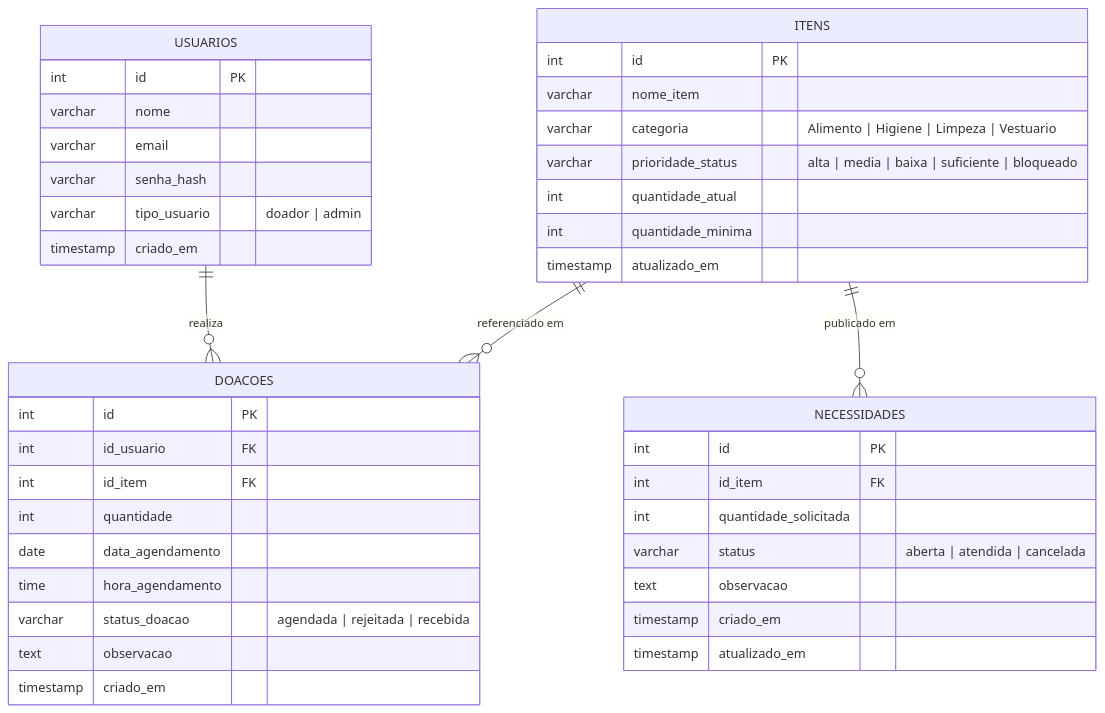
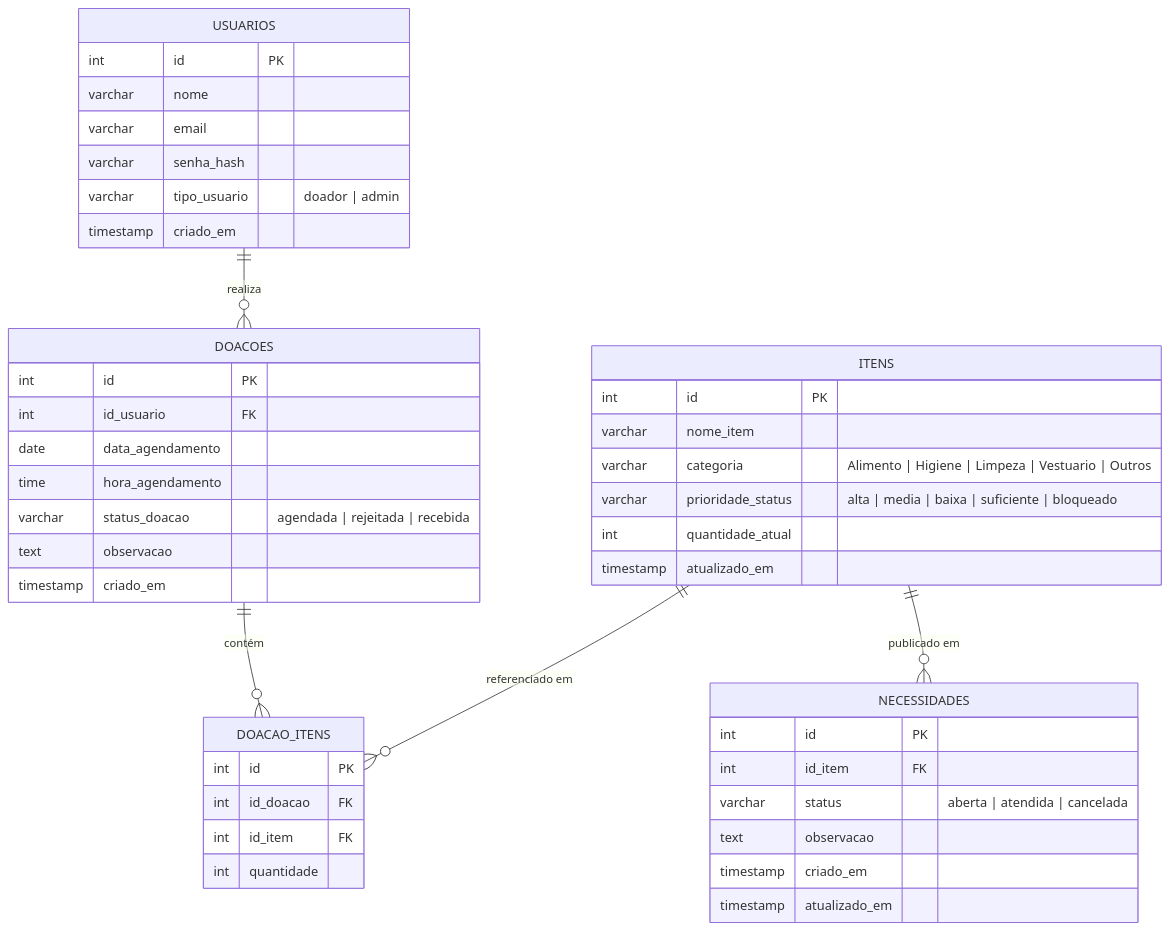
The fourth of 4 diagrams in Arquitetura.md (univesp-pi-g7/conectadoa-docs), drawn with Mermaid before and after one commit. The commit also changed other lines of this file, not shown here.

Commit message:
Enhance database schema with DOACAO_ITENS table
Added DOACAO_ITENS table to represent items in donations and updated ITEM category options.

````diff
--- a/Arquitetura.md
+++ b/Arquitetura.md
@@ -141,47 +141,51 @@
 ```mermaid
 erDiagram
   USUARIOS ||--o{ DOACOES : "realiza"
-  ITENS ||--o{ DOACOES : "referenciado em"
+  DOACOES ||--o{ DOACAO_ITENS : "contém"
+  ITENS ||--o{ DOACAO_ITENS : "referenciado em"
   ITENS ||--o{ NECESSIDADES : "publicado em"
 
   USUARIOS {
     int id PK
     varchar nome
     varchar email
     varchar senha_hash
     varchar tipo_usuario "doador | admin"
     timestamp criado_em
   }
 
   ITENS {
     int id PK
     varchar nome_item
-    varchar categoria "Alimento | Higiene | Limpeza | Vestuario"
+    varchar categoria "Alimento | Higiene | Limpeza | Vestuario | Outros"
     varchar prioridade_status "alta | media | baixa | suficiente | bloqueado"
     int quantidade_atual
-    int quantidade_minima
     timestamp atualizado_em
   }
 
   NECESSIDADES {
     int id PK
     int id_item FK
-    int quantidade_solicitada
     varchar status "aberta | atendida | cancelada"
     text observacao
     timestamp criado_em
     timestamp atualizado_em
   }
 
   DOACOES {
     int id PK
     int id_usuario FK
-    int id_item FK
-    int quantidade
     date data_agendamento
     time hora_agendamento
     varchar status_doacao "agendada | rejeitada | recebida"
     text observacao
     timestamp criado_em
   }
+
+  DOACAO_ITENS {
+    int id PK
+    int id_doacao FK
+    int id_item FK
+    int quantidade
+  }
 ```
````
